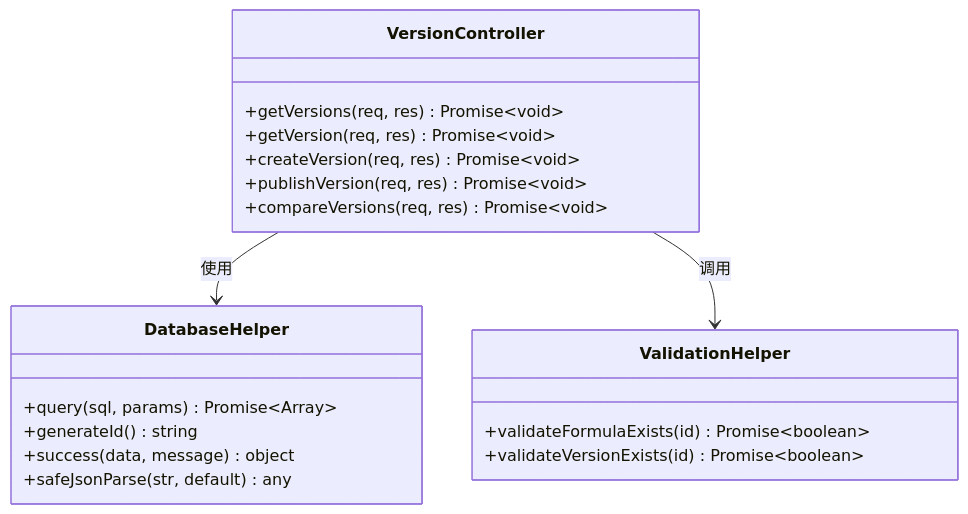
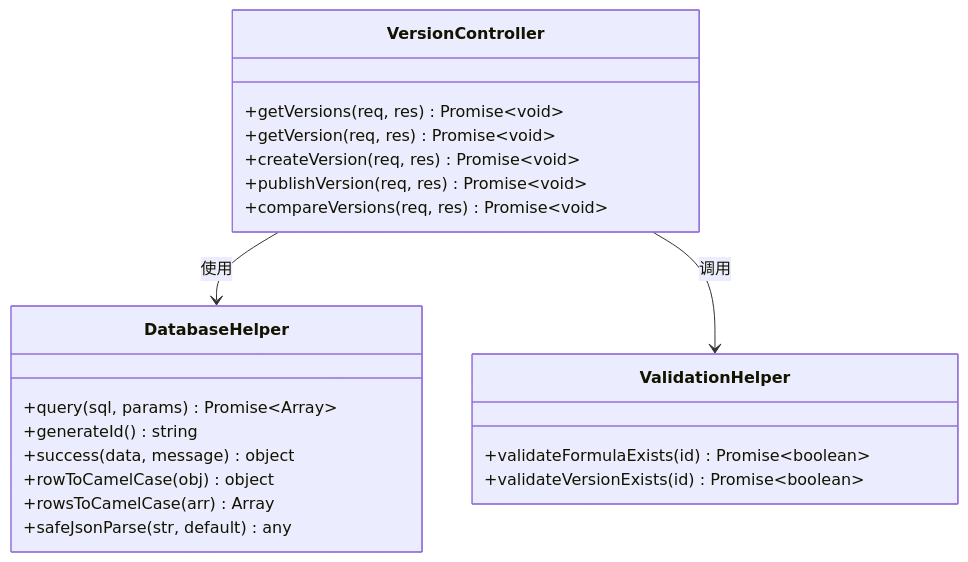
One commit to xpretycn/TingStudio changed the fifth of 18 diagrams in .qoder/repowiki/zh/content/核心功能模块/版本控制系统/版本控制系统.md. Above: the diagram before and after it, drawn with Mermaid. The commit also changed other lines of this file and 56 other files, not shown here.

````diff
--- a/.qoder/repowiki/zh/content/核心功能模块/版本控制系统/版本控制系统.md
+++ b/.qoder/repowiki/zh/content/核心功能模块/版本控制系统/版本控制系统.md
@@ -237,22 +252,24 @@
 ```mermaid
 classDiagram
 class VersionController {
 +getVersions(req, res) Promise~void~
 +getVersion(req, res) Promise~void~
 +createVersion(req, res) Promise~void~
 +publishVersion(req, res) Promise~void~
 +compareVersions(req, res) Promise~void~
 }
 class DatabaseHelper {
 +query(sql, params) Promise~Array~
 +generateId() string
 +success(data, message) object
++rowToCamelCase(obj) object
++rowsToCamelCase(arr) Array
 +safeJsonParse(str, default) any
 }
 class ValidationHelper {
 +validateFormulaExists(id) Promise~boolean~
 +validateVersionExists(id) Promise~boolean~
 }
 VersionController --> DatabaseHelper : 使用
 VersionController --> ValidationHelper : 调用
 ```
````
